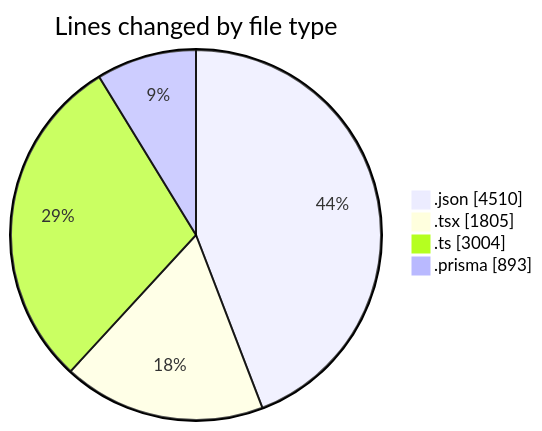
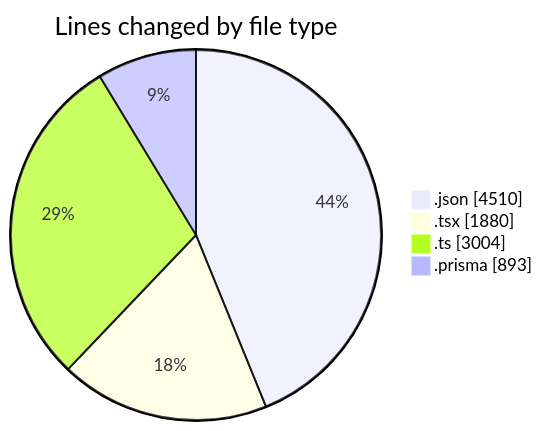
One commit to CELIANVF/code-tracking changed the first of 2 diagrams in 2025-05-05/ecodeli/README.md. Above: the diagram before and after it, drawn with Mermaid. The commit also changed other lines of this file and 1 other file, not shown here.

````diff
--- a/2025-05-05/ecodeli/README.md
+++ b/2025-05-05/ecodeli/README.md
@@ -37,8 +38,8 @@
 ```mermaid
 pie showData
 title Lines changed by file type
 ".json" : 4510
-".tsx" : 1805
+".tsx" : 1880
 ".ts" : 3004
 ".prisma" : 893
 ```
````
